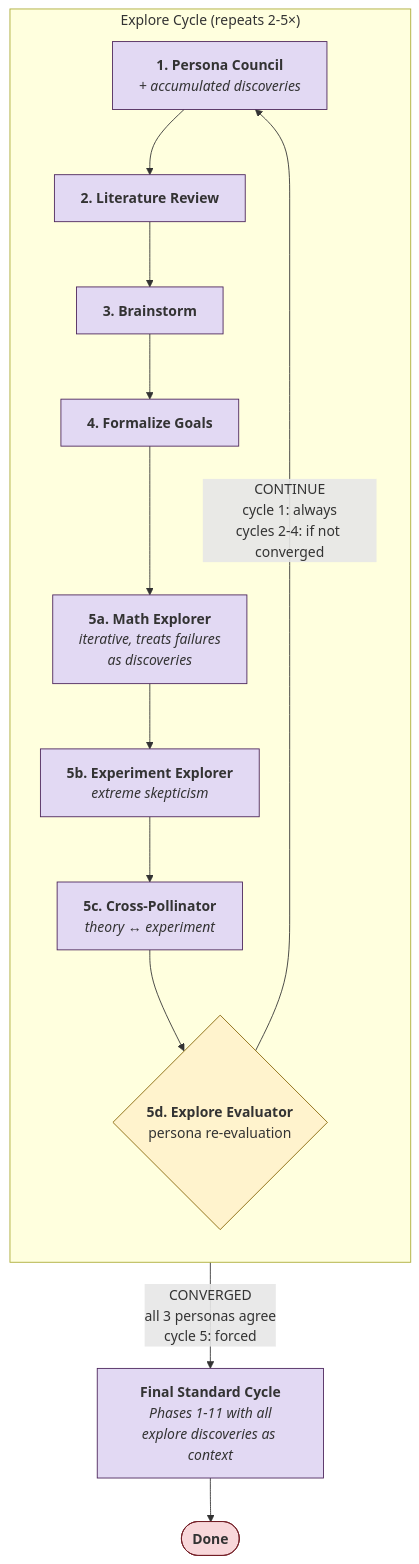
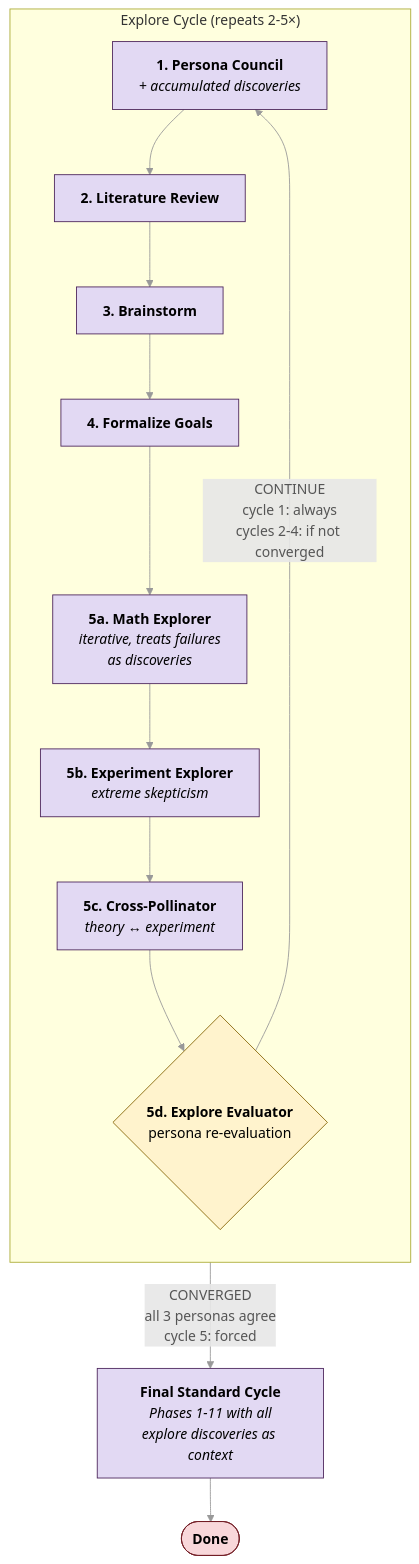
One commit to PoggioAI/PoggioAI_MSc-claude changed the second of 2 diagrams in README.md. Above: the diagram before and after it, drawn with Mermaid. The commit also changed other lines of this file and 1 other file, not shown here.

````diff
--- a/README.md
+++ b/README.md
@@ -194,32 +196,34 @@
 ```mermaid
 flowchart TD
     subgraph EXPLORE ["Explore Cycle (repeats 2-5×)"]
         direction TB
         EP1["<b>1. Persona Council</b><br/><i>+ accumulated discoveries</i>"]
         EP2["<b>2. Literature Review</b>"]
         EP3["<b>3. Brainstorm</b>"]
         EP4["<b>4. Formalize Goals</b>"]
         EP5a["<b>5a. Math Explorer</b><br/><i>iterative, treats failures<br/>as discoveries</i>"]
         EP5b["<b>5b. Experiment Explorer</b><br/><i>extreme skepticism</i>"]
         EP5c["<b>5c. Cross-Pollinator</b><br/><i>theory ↔ experiment</i>"]
         EP5d{"<b>5d. Explore Evaluator</b><br/>persona re-evaluation"}
 
         EP1 --> EP2 --> EP3 --> EP4
         EP4 --> EP5a --> EP5b --> EP5c --> EP5d
     end
 
     EP5d -->|"CONTINUE<br/>cycle 1: always<br/>cycles 2-4: if not converged"| EP1
     EP5d -->|"CONVERGED<br/>all 3 personas agree<br/>cycle 5: forced"| FSC
 
     FSC["<b>Final Standard Cycle</b><br/><i>Phases 1-11 with all<br/>explore discoveries as context</i>"]
     EDONE(["<b>Done</b>"])
     FSC --> EDONE
 
-    classDef gate fill:#fff3cd,stroke:#856404
-    classDef phase fill:#e2d9f3,stroke:#4a235a
-    classDef terminal fill:#f8d7da,stroke:#721c24
+    classDef gate fill:#fff3cd,stroke:#856404,color:#000
+    classDef phase fill:#e2d9f3,stroke:#4a235a,color:#000
+    classDef terminal fill:#f8d7da,stroke:#721c24,color:#000
 
     class EP5d gate
     class EP1,EP2,EP3,EP4,EP5a,EP5b,EP5c,FSC phase
     class EDONE terminal
+
+    linkStyle default stroke:#999,color:#555
 ```
````
